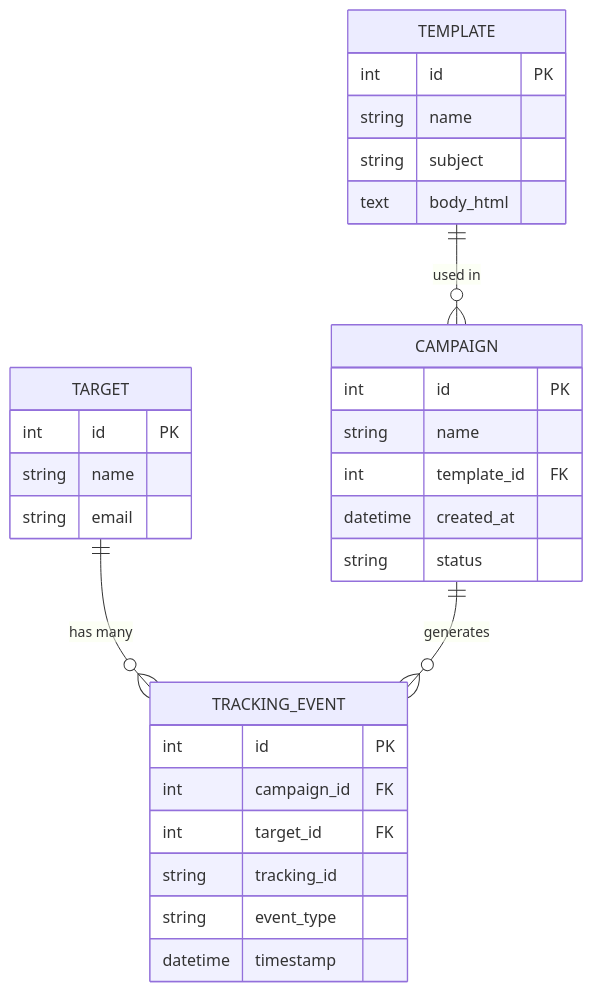
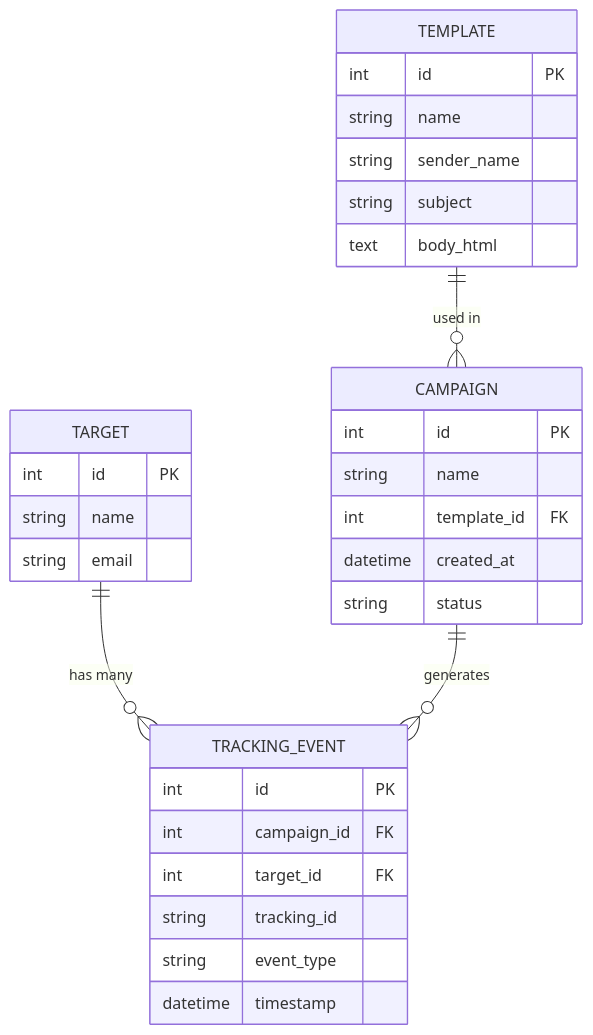
Before and after one commit to tomdu3/fishin-generator: the diagram in README.md, drawn with Mermaid. The commit also changed other lines of this file, not shown here.

Commit message:
docs: add sender display mail update details

````diff
--- a/README.md
+++ b/README.md
@@ -89,33 +91,34 @@
 ```mermaid
 erDiagram
     TARGET ||--o{ TRACKING_EVENT : "has many"
     TEMPLATE ||--o{ CAMPAIGN : "used in"
     CAMPAIGN ||--o{ TRACKING_EVENT : "generates"
     
     TARGET {
         int id PK
         string name
         string email
     }
     TEMPLATE {
         int id PK
         string name
+        string sender_name
         string subject
         text body_html
     }
     CAMPAIGN {
         int id PK
         string name
         int template_id FK
         datetime created_at
         string status
     }
     TRACKING_EVENT {
         int id PK
         int campaign_id FK
         int target_id FK
         string tracking_id
         string event_type
         datetime timestamp
     }
 ```
````
